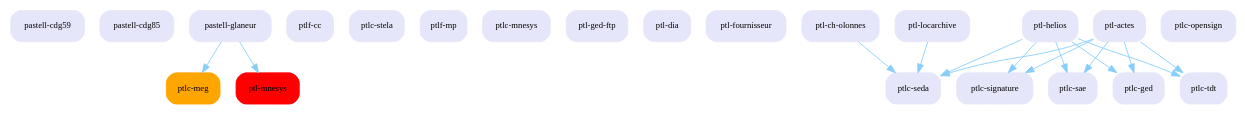
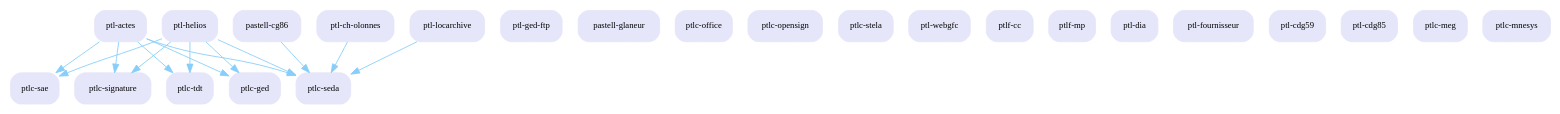
The diagram in web/img/extensions_graphe/extensions_graphe.dot (megalis-bretagne/pastell), drawn with Graphviz before and after one commit. The commit also changed 10 other files, not shown here.

```diff
--- a/web/img/extensions_graphe/extensions_graphe.dot
+++ b/web/img/extensions_graphe/extensions_graphe.dot
@@ -1,53 +1,54 @@
 digraph G {
 edge [color=lightskyblue,arrowsize=1];
 node [color=lavender,fontsize = "10",shape=box,style="rounded,filled"];
-pastell_cdg59[label="pastell-cdg59"];
-pastell_cdg85[label="pastell-cdg85"];
-ptlc_meg[label="ptlc-meg"];
+ptlc_ged[label="ptlc-ged"];
+ptl_ged_ftp[label="ptl-ged-ftp"];
+pastell_glaneur[label="pastell-glaneur"];
+ptlc_office[label="ptlc-office"];
+ptlc_opensign[label="ptlc-opensign"];
+ptlc_sae[label="ptlc-sae"];
+ptlc_seda[label="ptlc-seda"];
+ptlc_signature[label="ptlc-signature"];
+ptlc_stela[label="ptlc-stela"];
+ptlc_tdt[label="ptlc-tdt"];
+ptl_webgfc[label="ptl-webgfc"];
 ptlf_cc[label="ptlf-cc"];
-ptlc_stela[label="ptlc-stela"];
-ptlf_mp[label="ptlf-mp"];
-pastell_glaneur[label="pastell-glaneur"];
-pastell_glaneur->ptlc_meg;
-ptlc_meg[label="ptlc-meg", color = orange];
-pastell_glaneur->ptl_mnesys;
-ptl_mnesys[label="ptl-mnesys", color = red];
-ptlc_mnesys[label="ptlc-mnesys"];
-ptl_ged_ftp[label="ptl-ged-ftp"];
-ptl_dia[label="ptl-dia"];
-ptl_fournisseur[label="ptl-fournisseur"];
-ptl_ch_olonnes[label="ptl-ch-olonnes"];
-ptl_ch_olonnes->ptlc_seda;
-ptlc_seda[label="ptlc-seda"];
-ptl_locarchive[label="ptl-locarchive"];
-ptl_locarchive->ptlc_seda;
-ptlc_seda[label="ptlc-seda"];
 ptl_helios[label="ptl-helios"];
 ptl_helios->ptlc_seda;
 ptlc_seda[label="ptlc-seda"];
 ptl_helios->ptlc_tdt;
 ptlc_tdt[label="ptlc-tdt"];
 ptl_helios->ptlc_signature;
 ptlc_signature[label="ptlc-signature"];
 ptl_helios->ptlc_sae;
 ptlc_sae[label="ptlc-sae"];
 ptl_helios->ptlc_ged;
 ptlc_ged[label="ptlc-ged"];
+ptlf_mp[label="ptlf-mp"];
 ptl_actes[label="ptl-actes"];
 ptl_actes->ptlc_seda;
 ptlc_seda[label="ptlc-seda"];
 ptl_actes->ptlc_tdt;
 ptlc_tdt[label="ptlc-tdt"];
 ptl_actes->ptlc_signature;
 ptlc_signature[label="ptlc-signature"];
 ptl_actes->ptlc_sae;
 ptlc_sae[label="ptlc-sae"];
 ptl_actes->ptlc_ged;
 ptlc_ged[label="ptlc-ged"];
-ptlc_tdt[label="ptlc-tdt"];
+ptl_dia[label="ptl-dia"];
+ptl_fournisseur[label="ptl-fournisseur"];
+ptl_cdg59[label="ptl-cdg59"];
+ptl_cdg85[label="ptl-cdg85"];
+pastell_cg86[label="pastell-cg86"];
+pastell_cg86->ptlc_seda;
 ptlc_seda[label="ptlc-seda"];
-ptlc_sae[label="ptlc-sae"];
-ptlc_signature[label="ptlc-signature"];
-ptlc_ged[label="ptlc-ged"];
-ptlc_opensign[label="ptlc-opensign"];
+ptl_ch_olonnes[label="ptl-ch-olonnes"];
+ptl_ch_olonnes->ptlc_seda;
+ptlc_seda[label="ptlc-seda"];
+ptl_locarchive[label="ptl-locarchive"];
+ptl_locarchive->ptlc_seda;
+ptlc_seda[label="ptlc-seda"];
+ptlc_meg[label="ptlc-meg"];
+ptlc_mnesys[label="ptlc-mnesys"];
 }
```
